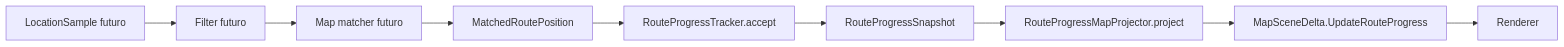
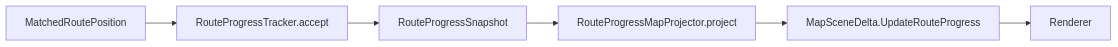
The second of 2 diagrams in docs/it/40-mappa-codice-e-stati.md (kinderp/dna), drawn with Mermaid before and after one commit. The commit also changed other lines of this file and 2 other files, not shown here.

First line of the commit message:
docs(architecture): map the matching boundary and reading path

````diff
--- a/docs/it/40-mappa-codice-e-stati.md
+++ b/docs/it/40-mappa-codice-e-stati.md
@@ -108,11 +176,8 @@
 ```mermaid
 flowchart LR
-    L[LocationSample futuro] --> F[Filter futuro]
-    F --> MM[Map matcher futuro]
-    MM --> MP[MatchedRoutePosition]
-    MP --> T[RouteProgressTracker.accept]
+    MP[MatchedRoutePosition] --> T[RouteProgressTracker.accept]
     T --> S[RouteProgressSnapshot]
     S --> P[RouteProgressMapProjector.project]
     P --> D[MapSceneDelta.UpdateRouteProgress]
     D --> R[Renderer]
 ```
````
